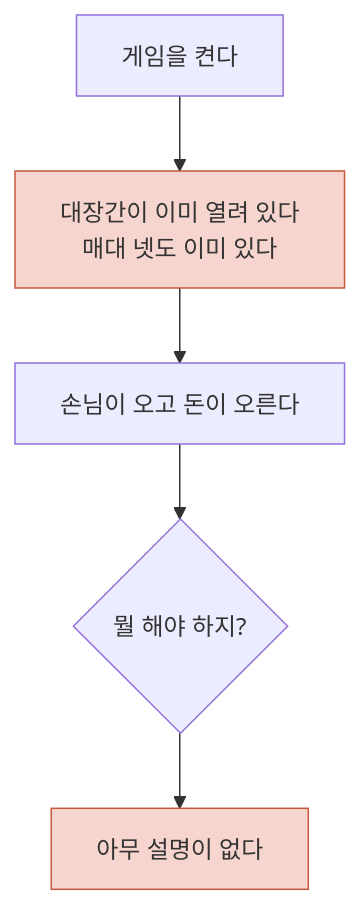
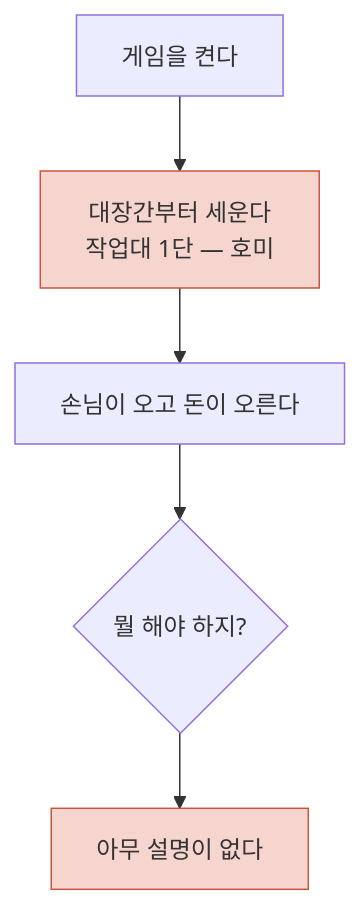
The first of 7 diagrams in FLOW.md (nonexpertchassi-creator/raccoon-hollow), drawn with Mermaid before and after one commit. The commit also changed other lines of this file and 26 other files, not shown here.

````diff
--- a/FLOW.md
+++ b/FLOW.md
@@ -13,9 +13,9 @@
 ```mermaid
 flowchart TD
-    A["게임을 켠다"] --> B["대장간이 이미 열려 있다<br/>매대 넷도 이미 있다"]
+    A["게임을 켠다"] --> B["대장간부터 세운다<br/>작업대 1단 — 호미"]
     B --> C["손님이 오고 돈이 오른다"]
     C --> D{"뭘 해야 하지?"}
     D --> E["아무 설명이 없다"]
     style B fill:#f6d5cf,stroke:#c7563f
     style E fill:#f6d5cf,stroke:#c7563f
 ```
````
